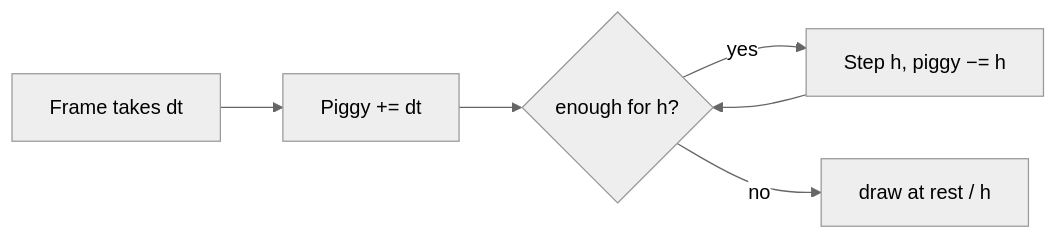
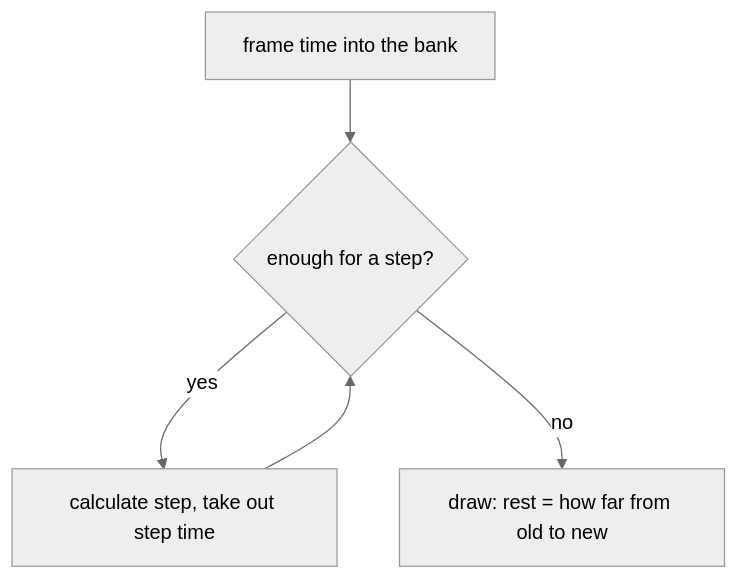
One commit to ChristianHohlfeld/kernengine.de changed the first of 2 diagrams in kern/docs/book-yellow/C-physics.md. Above: the diagram before and after it, drawn with Mermaid (neutral theme). The commit also changed other lines of this file and 22 other files, not shown here.

````diff
--- a/kern/docs/book-yellow/C-physics.md
+++ b/kern/docs/book-yellow/C-physics.md
@@ -65,8 +122,8 @@
 ```mermaid
-flowchart LR
-  F["Frame takes dt"] --> A["Piggy += dt"]
-  A --> L{"enough for h?"}
-  L -->|yes| S["Step h, piggy −= h"]
+%% Caption: The time piggy bank: calculate whole steps, draw between old and new with the rest
+flowchart TB
+  F["frame time into the bank"] --> L{"enough for a step?"}
+  L -->|yes| S["calculate step, take out step time"]
   S --> L
-  L -->|no| R["draw at rest / h"]
+  L -->|no| R["draw: rest = how far from old to new"]
 ```
````
